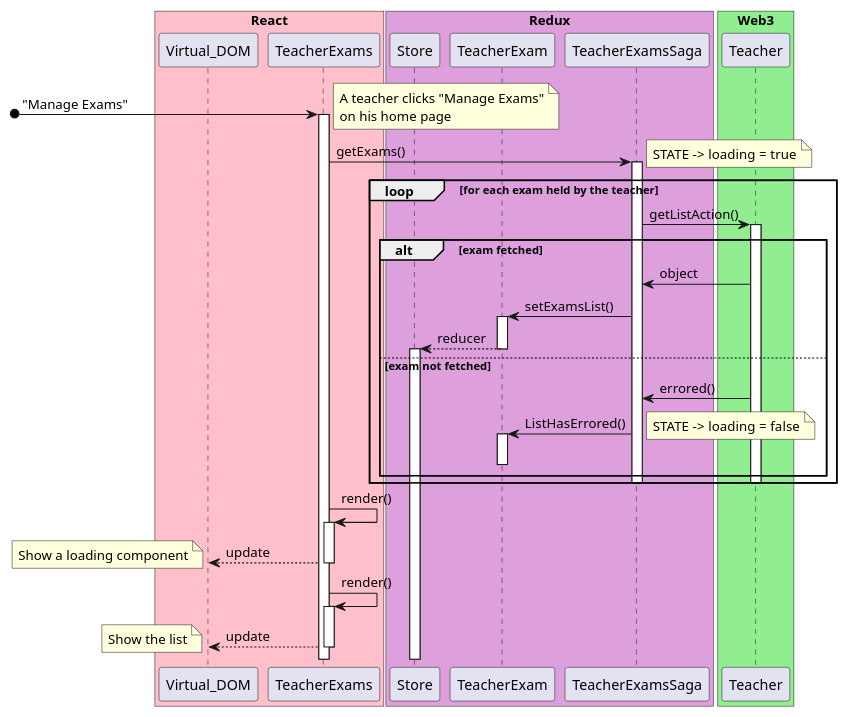
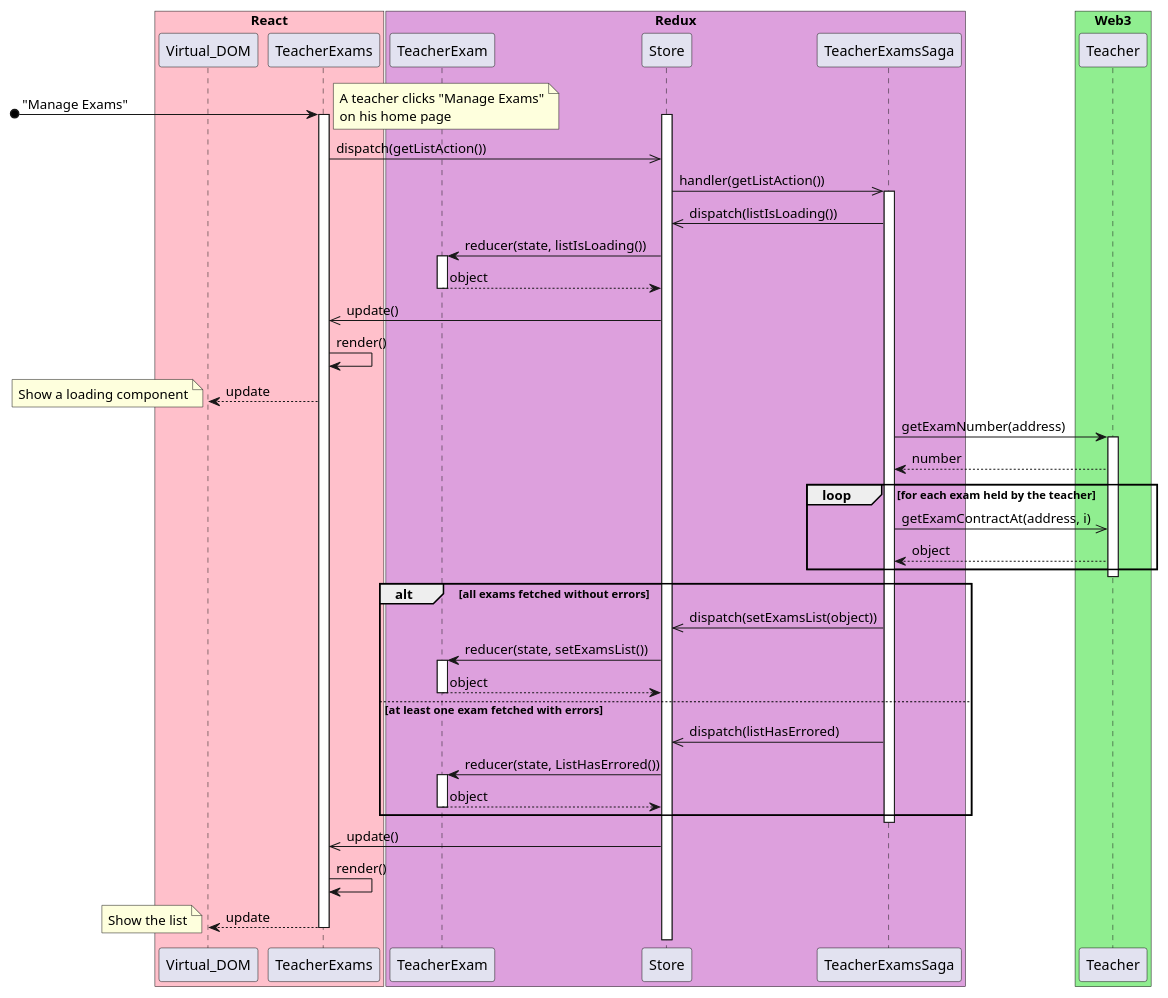
The diagram in sequenza/takeinfo.puml (M9k/Marvin-Uml), drawn with PlantUML before and after one commit.

Commit message:
Raffinato takeinfo redux

```diff
--- a/sequenza/takeinfo.puml
+++ b/sequenza/takeinfo.puml
@@ -1,67 +1,68 @@
 @startuml
 
 box "React" #Pink
 participant Virtual_DOM
 participant TeacherExams
 end box
 
 box "Redux" #Plum
+participant TeacherExam
 participant Store
-participant TeacherExam
 participant TeacherExamsSaga
 end box
 
 box "Web3" #LightGreen
 participant Teacher
 end box
 
 [o-> TeacherExams: "Manage Exams"
 note left: A teacher clicks "Manage Exams"\non his home page
 activate TeacherExams
+activate Store
 
-TeacherExams -> TeacherExamsSaga: getExams()
+TeacherExams ->> Store: dispatch(getListAction())
+Store ->> TeacherExamsSaga: handler(getListAction())
 activate TeacherExamsSaga
-note right: STATE -> loading = true
-
-loop for each exam held by the teacher
-TeacherExamsSaga -> Teacher: getListAction()
-activate Teacher
-    alt exam fetched
-        Teacher -> TeacherExamsSaga: object
-        TeacherExamsSaga -> TeacherExam : setExamsList()
-        activate TeacherExam
-        TeacherExam --> Store: reducer
-        deactivate TeacherExam
-
-        activate Store
-        deactivate Store
-    else exam not fetched
-        Teacher -> TeacherExamsSaga: errored()
-        TeacherExamsSaga -> TeacherExam : ListHasErrored()
-        activate TeacherExam
-        deactivate TeacherExam
-        note right: STATE -> loading = false
-
-    end
-    deactivate Teacher
-    deactivate TeacherExamsSaga
-end
-
+TeacherExamsSaga ->> Store: dispatch(listIsLoading())
+Store -> TeacherExam: reducer(state, listIsLoading())
+activate TeacherExam
+TeacherExam --> Store: object
+deactivate TeacherExam
+Store ->> TeacherExams: update()
 TeacherExams -> TeacherExams: render()
-activate TeacherExams
-
 TeacherExams --> Virtual_DOM: update
 note left: Show a loading component
-deactivate TeacherExams
+TeacherExamsSaga -> Teacher: getExamNumber(address)
+activate Teacher
+Teacher --> TeacherExamsSaga: number
+loop for each exam held by the teacher
+  TeacherExamsSaga ->> Teacher: getExamContractAt(address, i)
+  Teacher --> TeacherExamsSaga: object
+end
+deactivate Teacher
+alt all exams fetched without errors
+    TeacherExamsSaga ->> Store: dispatch(setExamsList(object))
+    Store -> TeacherExam : reducer(state, setExamsList())
+    activate TeacherExam
+    TeacherExam --> Store: object
+    deactivate TeacherExam
 
+else at least one exam fetched with errors
+    TeacherExamsSaga ->> Store : dispatch(listHasErrored)
+    Store -> TeacherExam : reducer(state, ListHasErrored())
+    activate TeacherExam
+    TeacherExam --> Store: object
+    deactivate TeacherExam
+
+end
+deactivate TeacherExamsSaga
+Store ->> TeacherExams: update()
 TeacherExams -> TeacherExams: render()
-activate TeacherExams
-
 TeacherExams --> Virtual_DOM: update
 note left: Show the list
 
 
 deactivate TeacherExams
 
 
 @enduml
```
